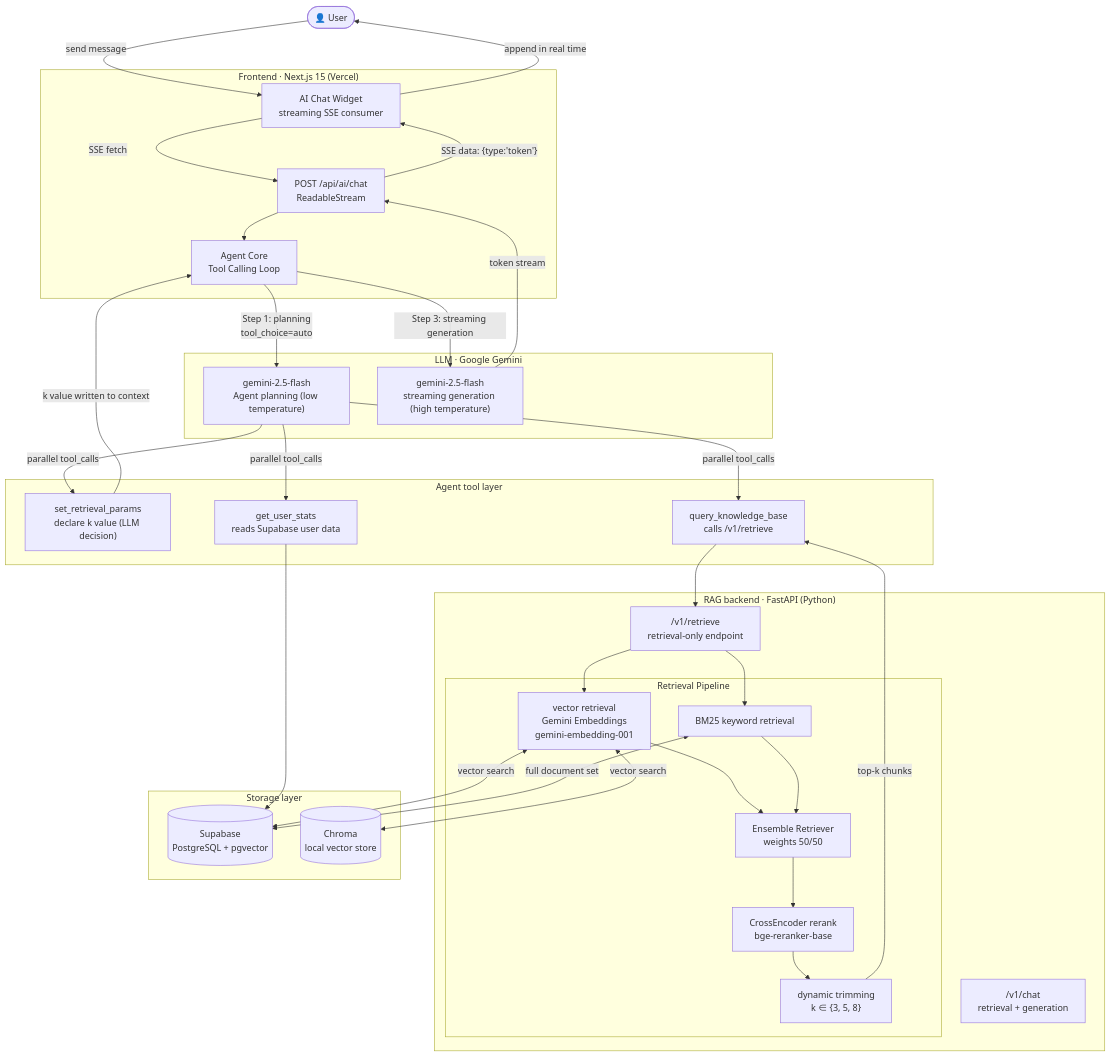
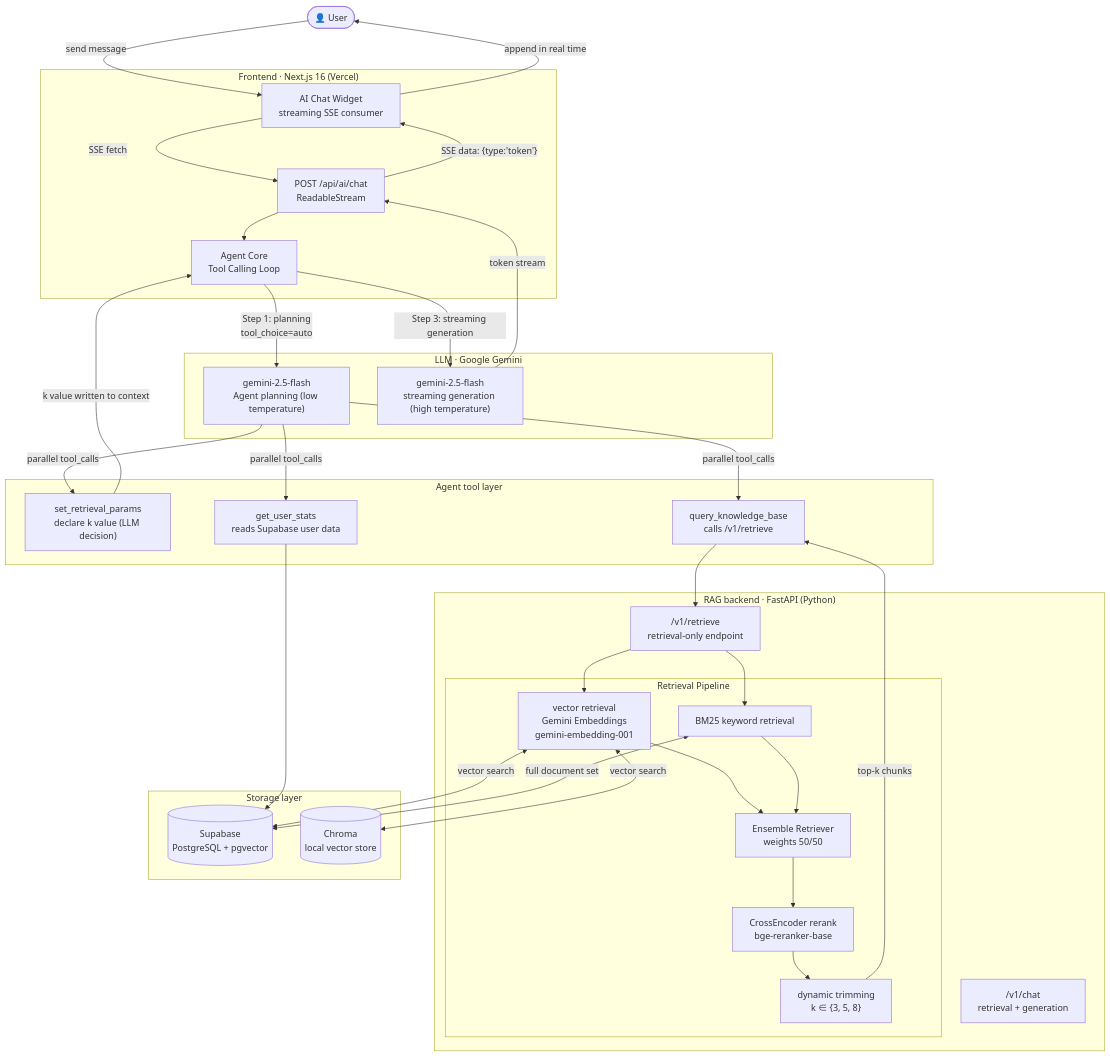
One commit to G1lollipop/fitcore changed the diagram in web/README.md. Above: the diagram before and after it, drawn with Mermaid. The commit also changed other lines of this file and 33 other files, not shown here.

````diff
--- a/web/README.md
+++ b/web/README.md
@@ -11,64 +11,64 @@
 ```mermaid
 flowchart TD
     User(["👤 User"])
 
-    subgraph Frontend ["Frontend · Next.js 15 (Vercel)"]
+    subgraph Frontend ["Frontend · Next.js 16 (Vercel)"]
         Widget["AI Chat Widget\nstreaming SSE consumer"]
         Route["POST /api/ai/chat\nReadableStream"]
         Agent["Agent Core\nTool Calling Loop"]
     end
 
     subgraph Tools ["Agent tool layer"]
         T1["set_retrieval_params\ndeclare k value (LLM decision)"]
         T2["query_knowledge_base\ncalls /v1/retrieve"]
         T3["get_user_stats\nreads Supabase user data"]
     end
 
     subgraph RAG ["RAG backend · FastAPI (Python)"]
         Retrieve["/v1/retrieve\nretrieval-only endpoint"]
         Chat["/v1/chat\nretrieval + generation"]
         Pipeline["Retrieval Pipeline"]
     end
 
     subgraph Pipeline ["Retrieval Pipeline"]
         Vec["vector retrieval\nGemini Embeddings\ngemini-embedding-001"]
         BM25["BM25 keyword retrieval"]
         Ensemble["Ensemble Retriever\nweights 50/50"]
         Rerank["CrossEncoder rerank\nbge-reranker-base"]
         Trim["dynamic trimming\nk ∈ {3, 5, 8}"]
     end
 
     subgraph Storage ["Storage layer"]
         Supabase[("Supabase\nPostgreSQL + pgvector")]
         Chroma[("Chroma\nlocal vector store")]
     end
 
     subgraph LLM ["LLM · Google Gemini"]
         Qwen1["gemini-2.5-flash\nAgent planning (low temperature)"]
         Qwen2["gemini-2.5-flash\nstreaming generation (high temperature)"]
     end
 
     User -->|"send message"| Widget
     Widget -->|"SSE fetch"| Route
     Route --> Agent
 
     Agent -->|"Step 1: planning\ntool_choice=auto"| Qwen1
     Qwen1 -->|"parallel tool_calls"| T1 & T2 & T3
 
     T1 -->|"k value written to context"| Agent
     T2 --> Retrieve
     T3 --> Supabase
 
     Retrieve --> Vec & BM25
     Vec & BM25 --> Ensemble --> Rerank --> Trim
     Trim -->|"top-k chunks"| T2
 
     Vec <-->|"vector search"| Supabase
     Vec <-->|"vector search"| Chroma
     BM25 <-->|"full document set"| Supabase
 
     Agent -->|"Step 3: streaming generation"| Qwen2
     Qwen2 -->|"token stream"| Route
     Route -->|"SSE data: {type:'token'}"| Widget
     Widget -->|"append in real time"| User
 ```
````
